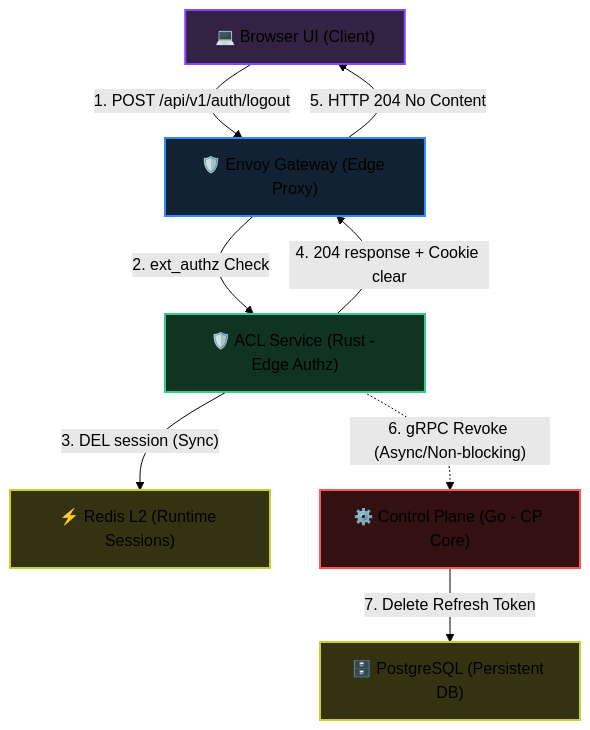
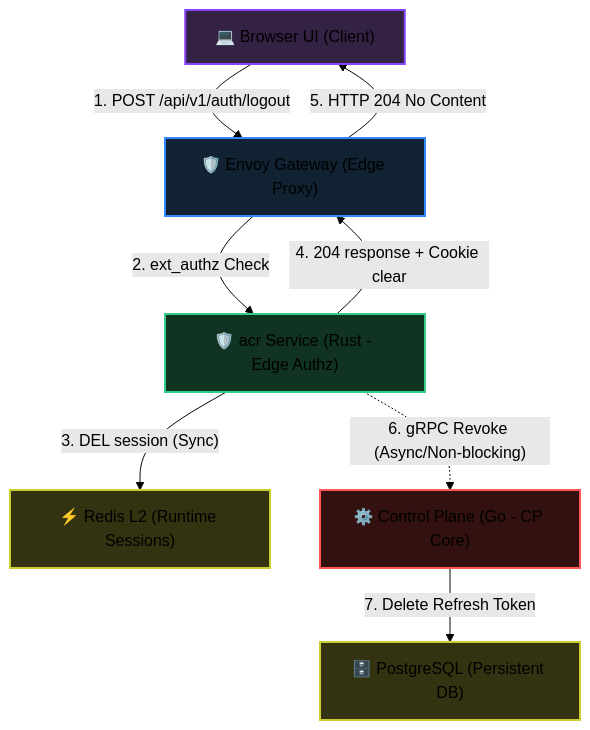
One commit to phucle996/aurora changed the first of 3 diagrams in god_view/iam/user_logout_god_view_workflow.md. Above: the diagram before and after it, drawn with Mermaid (forest theme). The commit also changed other lines of this file and 72 other files, not shown here.

Commit message:
refactor: remove policy engine and modularize session management service

````diff
--- a/god_view/iam/user_logout_god_view_workflow.md
+++ b/god_view/iam/user_logout_god_view_workflow.md
@@ -25,24 +25,24 @@
 ```mermaid
 graph TD
     classDef client fill:#332244,stroke:#8844ff,stroke-width:2px;
     classDef gateway fill:#112233,stroke:#3388ff,stroke-width:2px;
     classDef edgeService fill:#113322,stroke:#33cc88,stroke-width:2px;
     classDef storage fill:#333311,stroke:#cccc33,stroke-width:2px;
     classDef control fill:#331111,stroke:#ff5555,stroke-width:2px;
 
     UI["💻 Browser UI (Client)"]:::client
     Envoy["🛡️ Envoy Gateway (Edge Proxy)"]:::gateway
-    ACL["🛡️ ACL Service (Rust - Edge Authz)"]:::edgeService
+    acr["🛡️ acr Service (Rust - Edge Authz)"]:::edgeService
     Redis["⚡ Redis L2 (Runtime Sessions)"]:::storage
     CP["⚙️ Control Plane (Go - CP Core)"]:::control
     DB["🗄️ PostgreSQL (Persistent DB)"]:::storage
 
     UI -- "1. POST /api/v1/auth/logout" --> Envoy
-    Envoy -- "2. ext_authz Check" --> ACL
-    ACL -- "3. DEL session (Sync)" --> Redis
-    ACL -- "4. 204 response + Cookie clear" --> Envoy
+    Envoy -- "2. ext_authz Check" --> acr
+    acr -- "3. DEL session (Sync)" --> Redis
+    acr -- "4. 204 response + Cookie clear" --> Envoy
     Envoy -- "5. HTTP 204 No Content" --> UI
     
-    ACL -. "6. gRPC Revoke (Async/Non-blocking)" .-> CP
+    acr -. "6. gRPC Revoke (Async/Non-blocking)" .-> CP
     CP -- "7. Delete Refresh Token" --> DB
 ```
````
